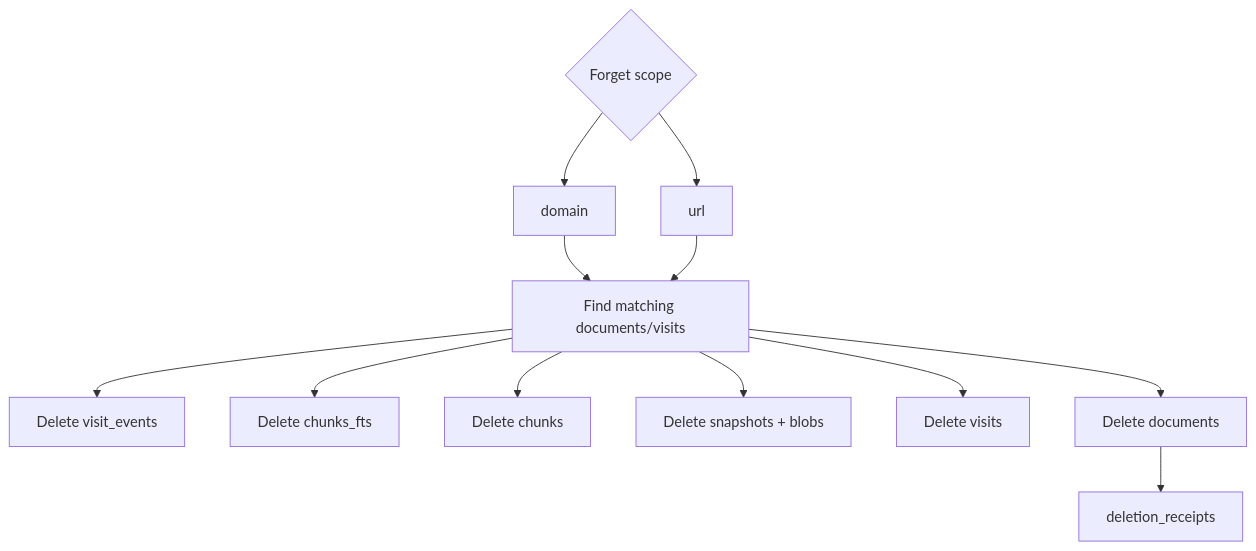
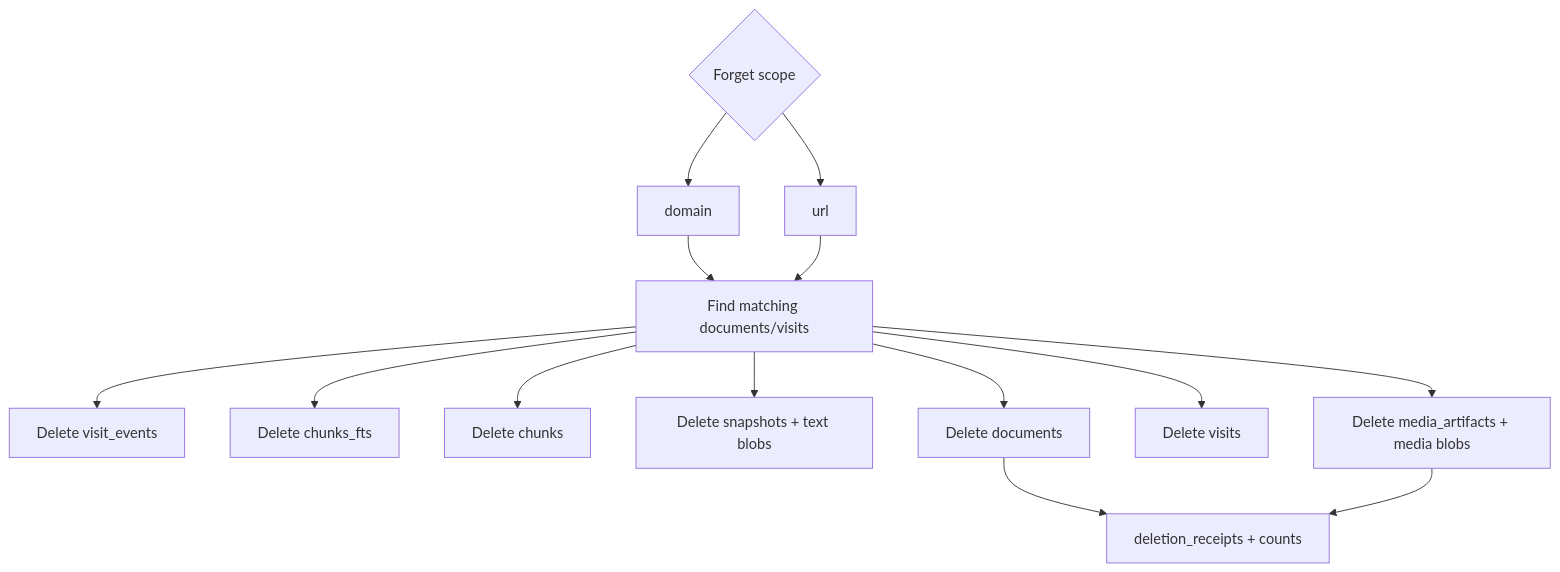
One commit to michaelnicks0/browser-memory-daemon changed the eighth of 8 diagrams in docs/DIAGRAMS.md. Above: the diagram before and after it, drawn with Mermaid. The commit also changed other lines of this file and 105 other files, not shown here.

Commit message:
docs: reconcile C4 and behavioral diagrams

````diff
--- a/docs/DIAGRAMS.md
+++ b/docs/DIAGRAMS.md
@@ -193,15 +180,17 @@
 ```mermaid
 flowchart TD
-  Scope{Forget scope}
-  Scope --> Domain[domain]
-  Scope --> URL[url]
-  Domain --> Match[Find matching documents/visits]
+  Scope{"Forget scope"}
+  Scope --> Domain["domain"]
+  Scope --> URL["url"]
+  Domain --> Match["Find matching documents/visits"]
   URL --> Match
-  Match --> DeleteEvents[Delete visit_events]
-  Match --> DeleteFTS[Delete chunks_fts]
-  Match --> DeleteChunks[Delete chunks]
-  Match --> DeleteSnapshots[Delete snapshots + blobs]
-  Match --> DeleteVisits[Delete visits]
-  Match --> DeleteDocs[Delete documents]
-  DeleteDocs --> Receipt[deletion_receipts]
+  Match --> DeleteEvents["Delete visit_events"]
+  Match --> DeleteFTS["Delete chunks_fts"]
+  Match --> DeleteChunks["Delete chunks"]
+  Match --> DeleteSnapshots["Delete snapshots + text blobs"]
+  Match --> DeleteMedia["Delete media_artifacts + media blobs"]
+  Match --> DeleteVisits["Delete visits"]
+  Match --> DeleteDocs["Delete documents"]
+  DeleteDocs --> Receipt["deletion_receipts + counts"]
+  DeleteMedia --> Receipt
 ```
````
